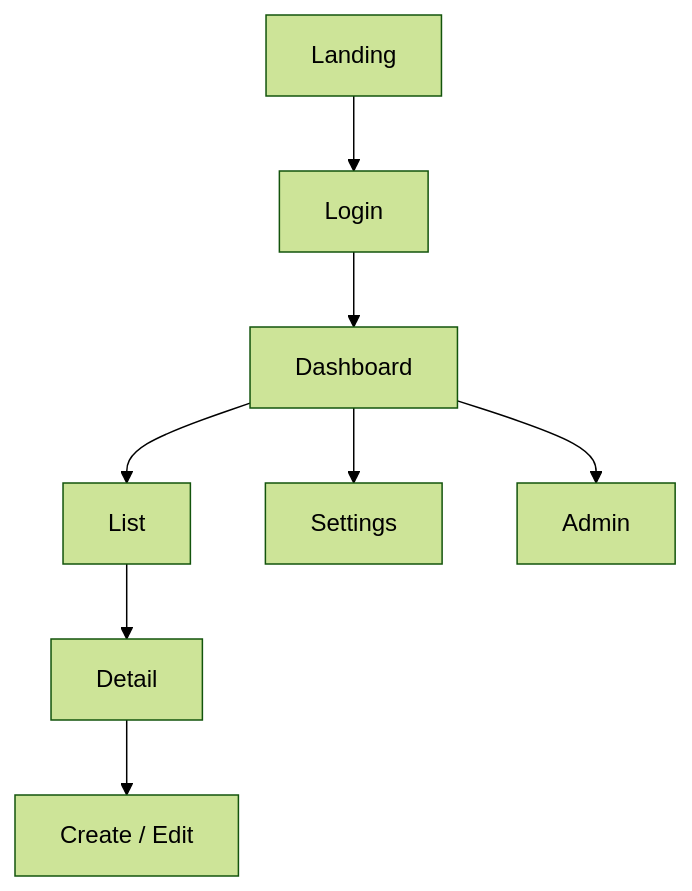
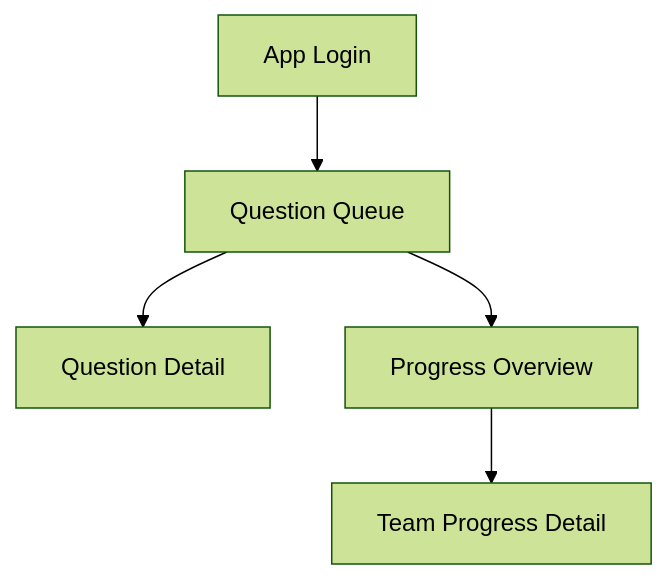
The first of 6 diagrams in docs/details/03_screen-flow.md (Asheze1127/progress-checker), drawn with Mermaid (forest theme) before and after one commit. The commit also changed other lines of this file, not shown here.

````diff
--- a/docs/details/03_screen-flow.md
+++ b/docs/details/03_screen-flow.md
@@ -35,19 +35,13 @@
 ```mermaid
 flowchart TD
-    LP[Landing]
-    LOGIN[Login]
-    DASH[Dashboard]
-    LIST[List]
-    DETAIL[Detail]
-    EDIT[Create / Edit]
-    SETTINGS[Settings]
-    ADMIN[Admin]
+    LOGIN[App Login]
+    QLIST[Question Queue]
+    QDETAIL[Question Detail]
+    POVERVIEW[Progress Overview]
+    PDETAIL[Team Progress Detail]
 
-    LP --> LOGIN
-    LOGIN --> DASH
-    DASH --> LIST
-    LIST --> DETAIL
-    DETAIL --> EDIT
-    DASH --> SETTINGS
-    DASH --> ADMIN
+    LOGIN --> QLIST
+    QLIST --> QDETAIL
+    QLIST --> POVERVIEW
+    POVERVIEW --> PDETAIL
 ```
````
